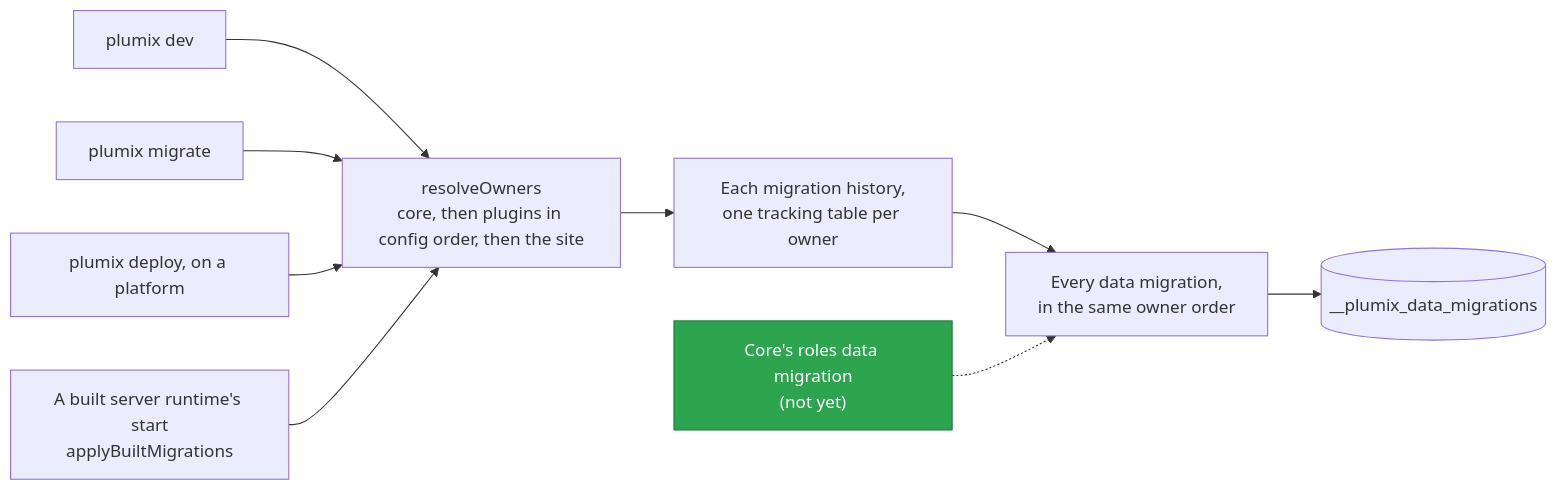
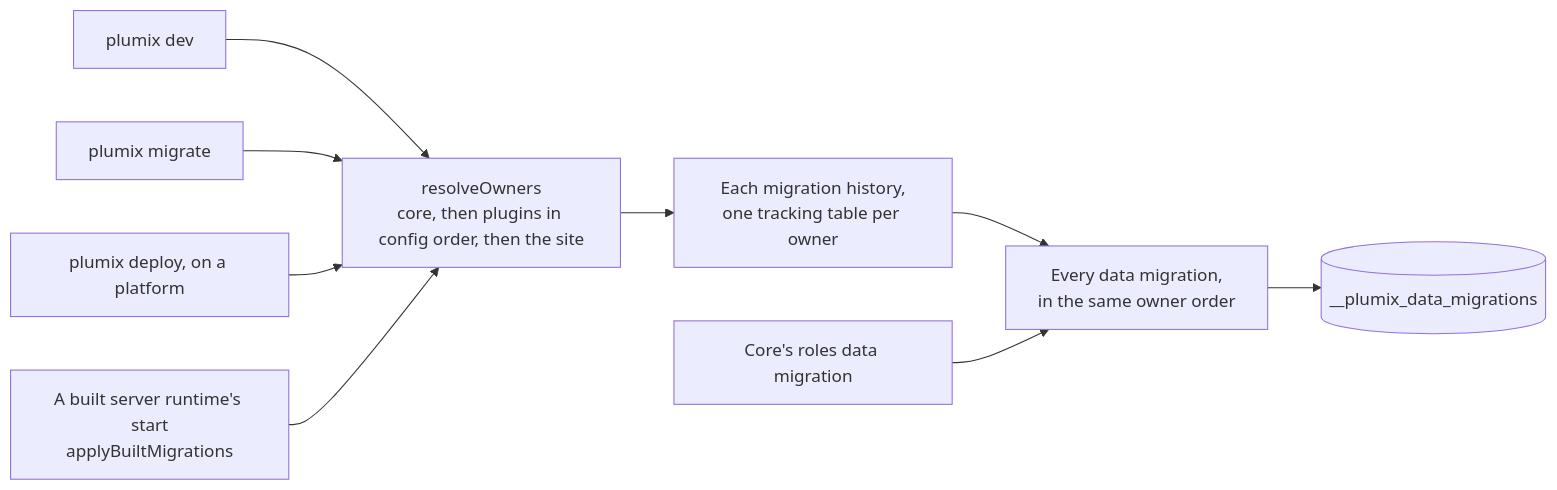
One commit to withplumix/plumix changed the diagram in docs/architecture/migrations.md. Above: the diagram before and after it, drawn with Mermaid. The commit also changed other lines of this file and 23 other files, not shown here.

````diff
--- a/docs/architecture/migrations.md
+++ b/docs/architecture/migrations.md
@@ -16,14 +16,11 @@
 ```mermaid
 flowchart LR
   dev["plumix dev"] --> owners
   migrate["plumix migrate"] --> owners
   deploy["plumix deploy, on a platform"] --> owners
   start["A built server runtime's start<br/>applyBuiltMigrations"] --> owners
   owners["resolveOwners<br/>core, then plugins in config order, then the site"] --> schema["Each migration history,<br/>one tracking table per owner"]
   schema --> data["Every data migration,<br/>in the same owner order"]
   data --> track[("__plumix_data_migrations")]
-  roles["Core's roles data migration<br/>(not yet)"] -.-> data
-
-  classDef goal fill:#2da44e,stroke:#1a7f37,color:#fff
-  class roles goal
+  roles["Core's roles data migration"] --> data
 ```
````
